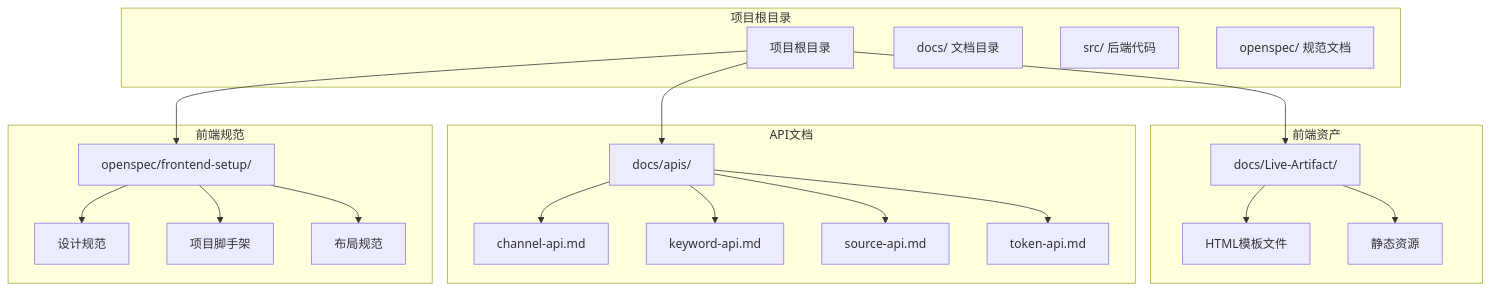
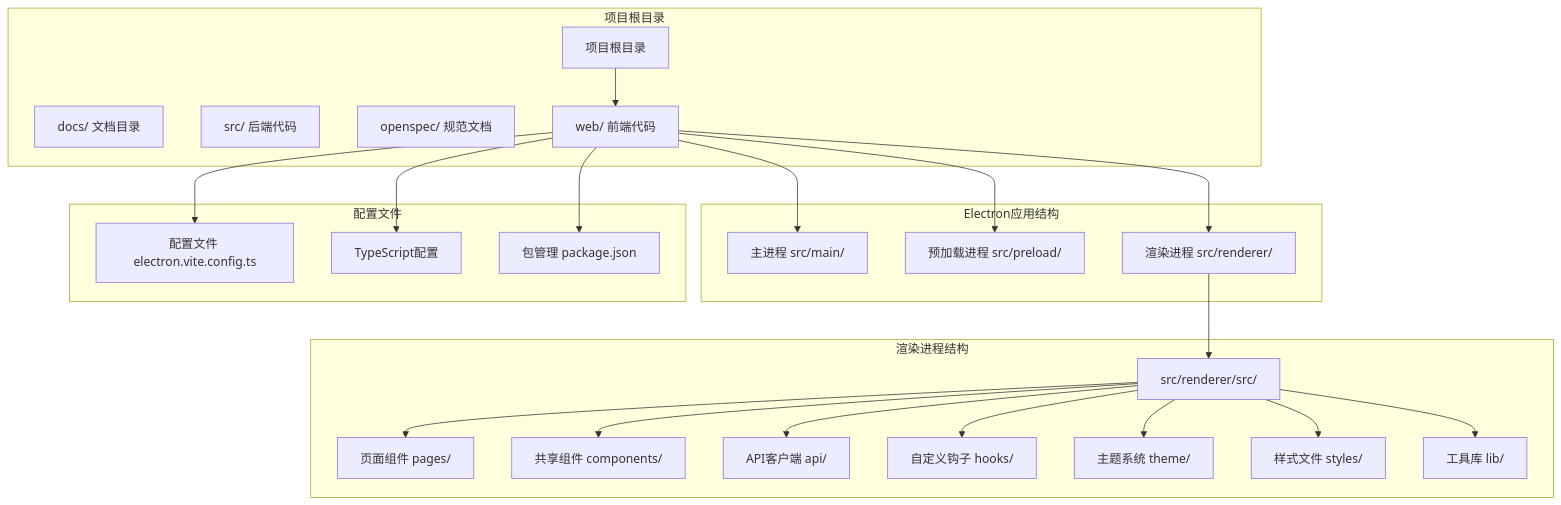
The first of 10 diagrams in .qoder/repowiki/zh/content/开发指南/前端开发指南.md (leimu-hue/AI-Trend-Tool), drawn with Mermaid before and after one commit. The commit also changed other lines of this file and 74 other files, not shown here.

````diff
--- a/.qoder/repowiki/zh/content/开发指南/前端开发指南.md
+++ b/.qoder/repowiki/zh/content/开发指南/前端开发指南.md
@@ -48,39 +86,45 @@
 ```mermaid
 graph TB
 subgraph "项目根目录"
 Root[项目根目录]
 Docs[docs/ 文档目录]
 Src[src/ 后端代码]
 Openspec[openspec/ 规范文档]
+Web[web/ 前端代码]
 end
-subgraph "前端资产"
-LiveArtifacts[docs/Live-Artifact/]
-HTMLFiles[HTML模板文件]
-StaticAssets[静态资源]
+subgraph "Electron应用结构"
+MainProcess[主进程 src/main/]
+PreloadProcess[预加载进程 src/preload/]
+RendererProcess[渲染进程 src/renderer/]
 end
-subgraph "API文档"
-APIDocs[docs/apis/]
-ChannelAPI[channel-api.md]
-KeywordAPI[keyword-api.md]
-SourceAPI[source-api.md]
-TokenAPI[token-api.md]
+subgraph "渲染进程结构"
+RendererSrc[src/renderer/src/]
+Pages[页面组件 pages/]
+Components[共享组件 components/]
+API[API客户端 api/]
+Hooks[自定义钩子 hooks/]
+Theme[主题系统 theme/]
+Styles[样式文件 styles/]
+Lib[工具库 lib/]
 end
-subgraph "前端规范"
-FrontendSpecs[openspec/frontend-setup/]
-DesignSpecs[设计规范]
-ScaffoldSpecs[项目脚手架]
-LayoutSpecs[布局规范]
+subgraph "配置文件"
+Config[配置文件 electron.vite.config.ts]
+TSConfig[TypeScript配置]
+Package[包管理 package.json]
 end
-Root --> LiveArtifacts
-Root --> APIDocs
-Root --> FrontendSpecs
-LiveArtifacts --> HTMLFiles
-LiveArtifacts --> StaticAssets
-APIDocs --> ChannelAPI
-APIDocs --> KeywordAPI
-APIDocs --> SourceAPI
-APIDocs --> TokenAPI
-FrontendSpecs --> DesignSpecs
-FrontendSpecs --> ScaffoldSpecs
-FrontendSpecs --> LayoutSpecs
+Root --> Web
+Web --> MainProcess
+Web --> PreloadProcess
+Web --> RendererProcess
+RendererProcess --> RendererSrc
+RendererSrc --> Pages
+RendererSrc --> Components
+RendererSrc --> API
+RendererSrc --> Hooks
+RendererSrc --> Theme
+RendererSrc --> Styles
+RendererSrc --> Lib
+Web --> Config
+Web --> TSConfig
+Web --> Package
 ```
````
